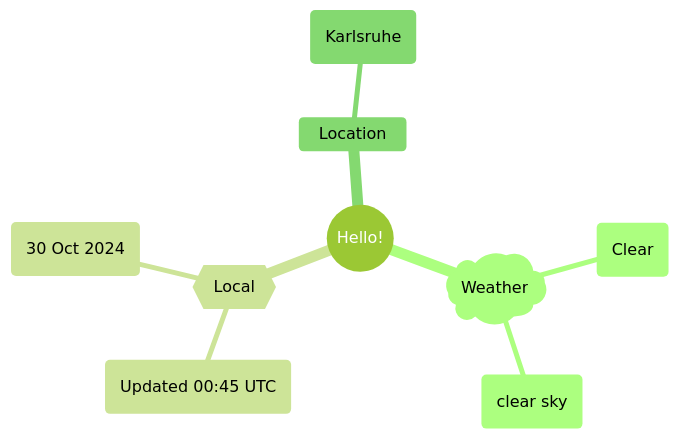
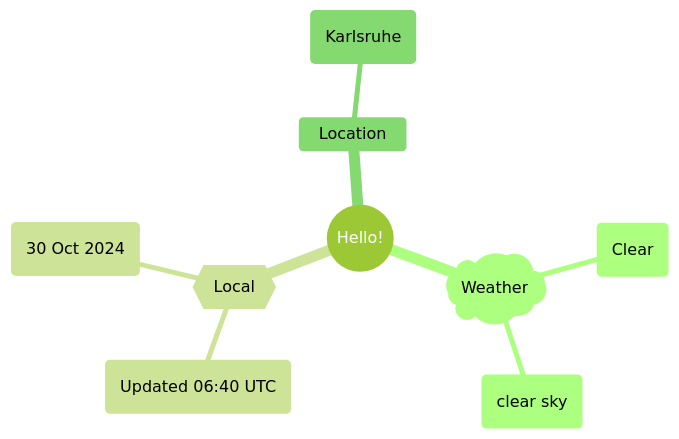
Before and after one commit to Xosrov/Xosrov: the first of 2 diagrams in README.md, drawn with Mermaid (forest theme).

Commit message:
[bot] updated images

````diff
--- a/README.md
+++ b/README.md
@@ -3,12 +3,12 @@
 ```mermaid
 mindmap
   root((Hello!))
     )Weather(
         (Clear)
         (clear sky)
     {{Local}}
-        (Updated 00:45 UTC)
+        (Updated 06:40 UTC)
         (30 Oct 2024)
     Location
         (Karlsruhe)
 ```
````
